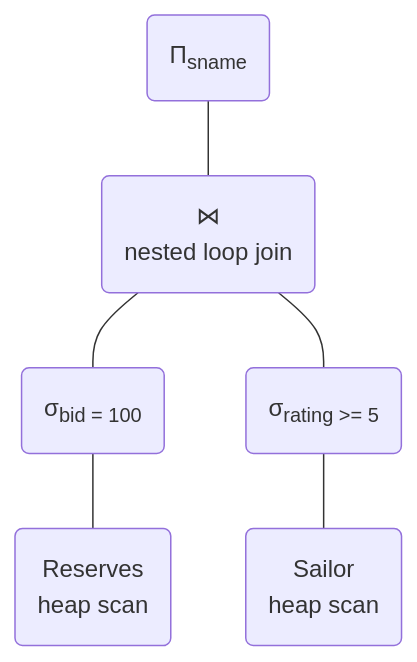
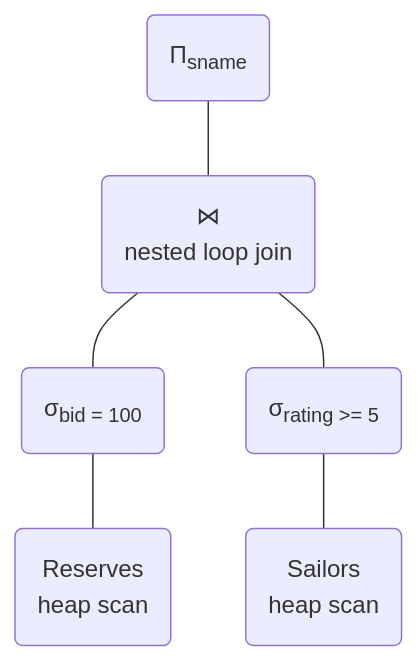
One commit to sutd50043/cohortclass changed the fifth of 9 diagrams in cc8.md. Above: the diagram before and after it, drawn with Mermaid. The commit also changed other lines of this file, not shown here.

````diff
--- a/cc8.md
+++ b/cc8.md
@@ -247,8 +247,8 @@
 ```mermaid
 graph
 a("&Pi;<sub>sname</sub>") --- d
 d("&bowtie;<br/> nested loop join") --- b
 b("&sigma;<sub>bid = 100</sub>")  --- f("Reserves <br/> heap scan")
 d("&bowtie;<br/> nested loop join") --- c
-c("&sigma;<sub>rating >= 5</sub>") --- e("Sailor <br/> heap scan")
+c("&sigma;<sub>rating >= 5</sub>") --- e("Sailors <br/> heap scan")
 ```
````
